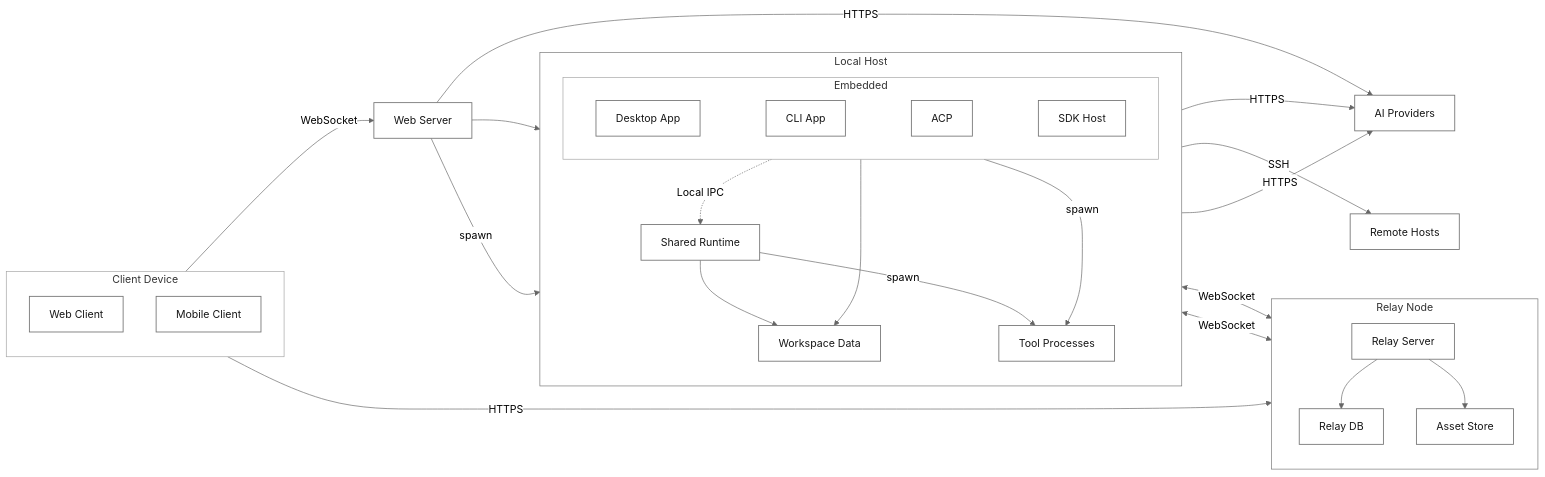
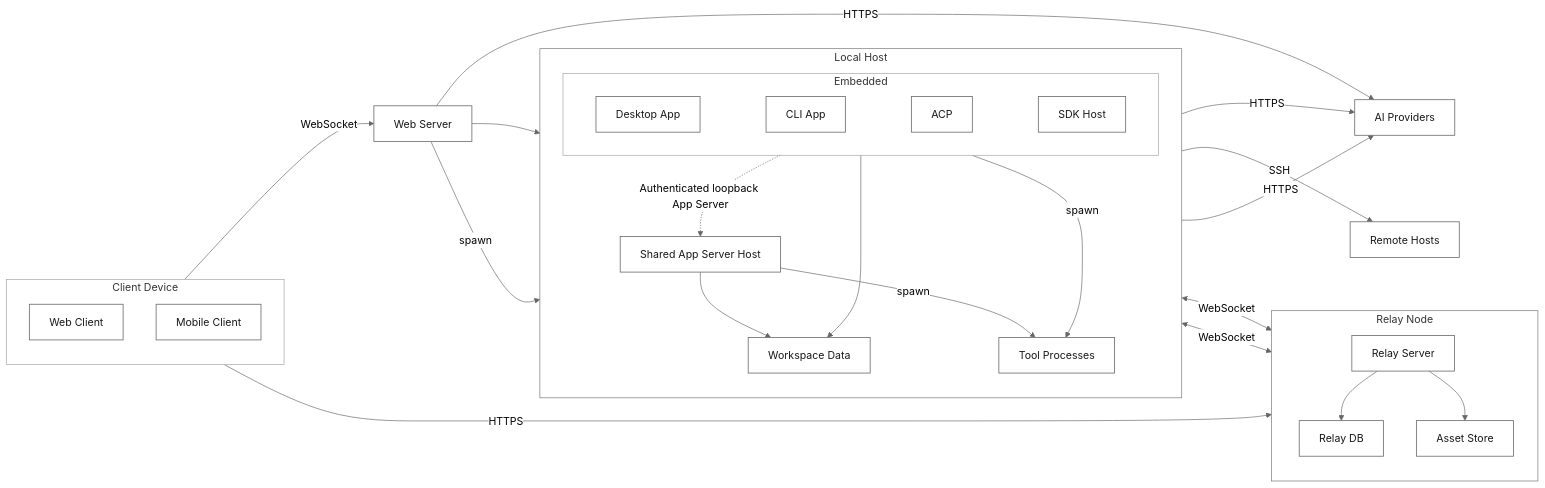
The fourth of 15 diagrams in docs/architecture/product-architecture.md (GCWing/BitFun), drawn with Mermaid (neutral theme) before and after one commit. The commit also changed other lines of this file and 87 other files, not shown here.

Commit message:
feat(app-server): add sharedv2 command

````diff
--- a/docs/architecture/product-architecture.md
+++ b/docs/architecture/product-architecture.md
@@ -316,56 +316,56 @@
 ```mermaid
 flowchart LR
   subgraph LocalHost["Local Host"]
     direction TB
     subgraph EmbeddedNodes["Embedded"]
       direction LR
       DesktopApp["Desktop App"] ~~~ CLIApp["CLI App"] ~~~ ACPApp["ACP"] ~~~ SDKHost["SDK Host"]
     end
-    SharedRuntime["Shared Runtime"]
+    SharedHost["Shared App Server Host"]
     WorkspaceData["Workspace Data"]
     ToolProcesses["Tool Processes"]
   end
 
   subgraph UserDevice["Client Device"]
     direction TB
     WebClient["Web Client"]
     MobileClient["Mobile Client"]
   end
 
   WebServer["Web Server"]
 
   subgraph RelayHost["Relay Node"]
     direction TB
     RelayServer["Relay Server"]
     RelayDB["Relay DB"]
     AssetStore["Asset Store"]
   end
 
   AIProviders["AI Providers"]
   RemoteHosts["Remote Hosts"]
 
   WebClient -->|WebSocket| WebServer
   MobileClient -->|HTTPS| RelayServer
   DesktopApp <-->|WebSocket| RelayServer
   CLIApp <-->|WebSocket| RelayServer
-  CLIApp -.->|Local IPC| SharedRuntime
+  CLIApp -.->|Authenticated loopback App Server| SharedHost
   WebServer --> WorkspaceData
   WebServer -->|spawn| ToolProcesses
   WebServer -->|HTTPS| AIProviders
   RelayServer --> RelayDB
   RelayServer --> AssetStore
   EmbeddedNodes --> WorkspaceData
-  SharedRuntime --> WorkspaceData
+  SharedHost --> WorkspaceData
   EmbeddedNodes -->|spawn| ToolProcesses
-  SharedRuntime -->|spawn| ToolProcesses
+  SharedHost -->|spawn| ToolProcesses
   EmbeddedNodes -->|HTTPS| AIProviders
-  SharedRuntime -->|HTTPS| AIProviders
+  SharedHost -->|HTTPS| AIProviders
   DesktopApp -->|SSH| RemoteHosts
 
   classDef unit fill:#ffffff,stroke:#737373,stroke-width:1.3px,color:#171717;
-  class DesktopApp,CLIApp,ACPApp,SDKHost,SharedRuntime,WorkspaceData,ToolProcesses,WebClient,MobileClient,WebServer,RelayServer,RelayDB,AssetStore,AIProviders,RemoteHosts unit;
+  class DesktopApp,CLIApp,ACPApp,SDKHost,SharedHost,WorkspaceData,ToolProcesses,WebClient,MobileClient,WebServer,RelayServer,RelayDB,AssetStore,AIProviders,RemoteHosts unit;
   style LocalHost fill:#ffffff,stroke:#737373;
   style EmbeddedNodes fill:#ffffff,stroke:#a3a3a3;
   style UserDevice fill:#ffffff,stroke:#a3a3a3;
   style RelayHost fill:#ffffff,stroke:#737373;
 ```
````
